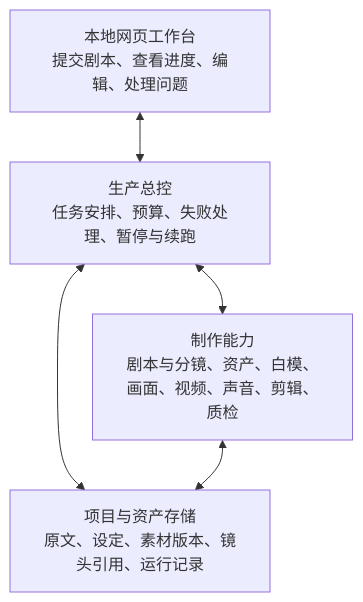
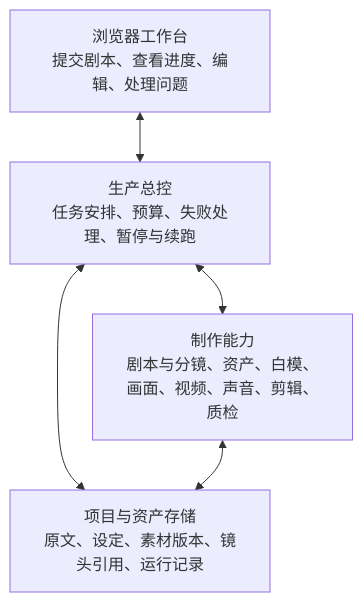
Before and after one commit to K80Tom/frame-shortdrama-agent: the first of 2 diagrams in packages/main/docs/总体设计.md, drawn with Mermaid. The commit also changed other lines of this file and 135 other files, not shown here.

````diff
--- a/packages/main/docs/总体设计.md
+++ b/packages/main/docs/总体设计.md
@@ -61,11 +67,11 @@
 ```mermaid
 flowchart TD
-    UI["本地网页工作台<br/>提交剧本、查看进度、编辑、处理问题"]
+    UI["浏览器工作台<br/>提交剧本、查看进度、编辑、处理问题"]
     CONTROL["生产总控<br/>任务安排、预算、失败处理、暂停与续跑"]
     CAP["制作能力<br/>剧本与分镜、资产、白模、画面、视频、声音、剪辑、质检"]
     STORE["项目与资产存储<br/>原文、设定、素材版本、镜头引用、运行记录"]
     UI <--> CONTROL
     CONTROL <--> CAP
     CONTROL <--> STORE
     CAP <--> STORE
 ```
````
